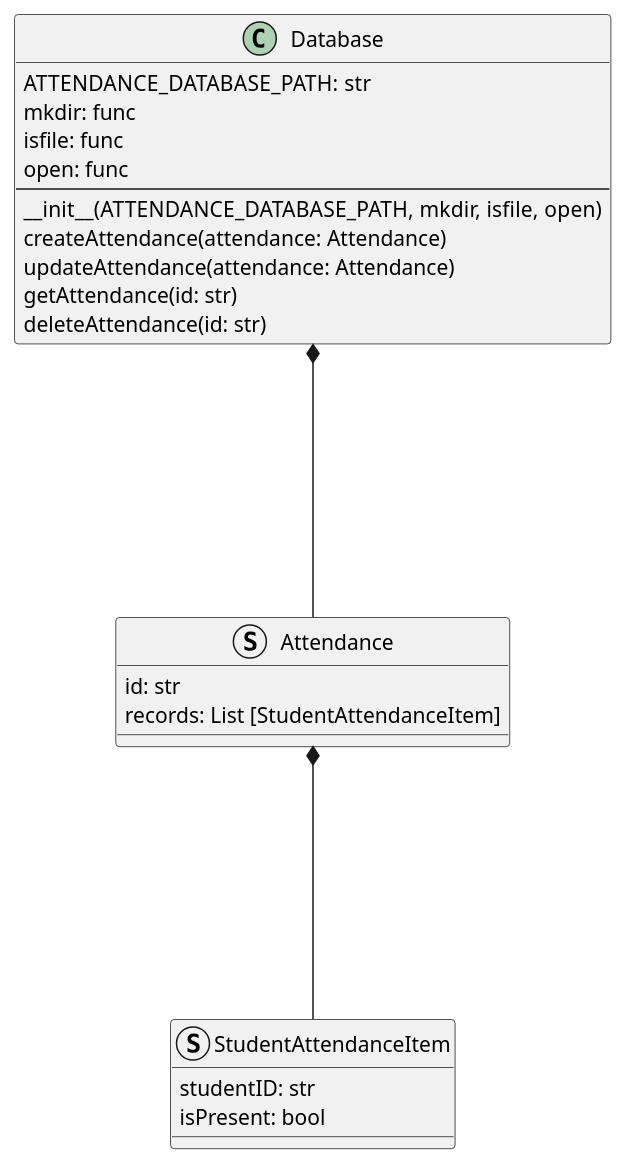
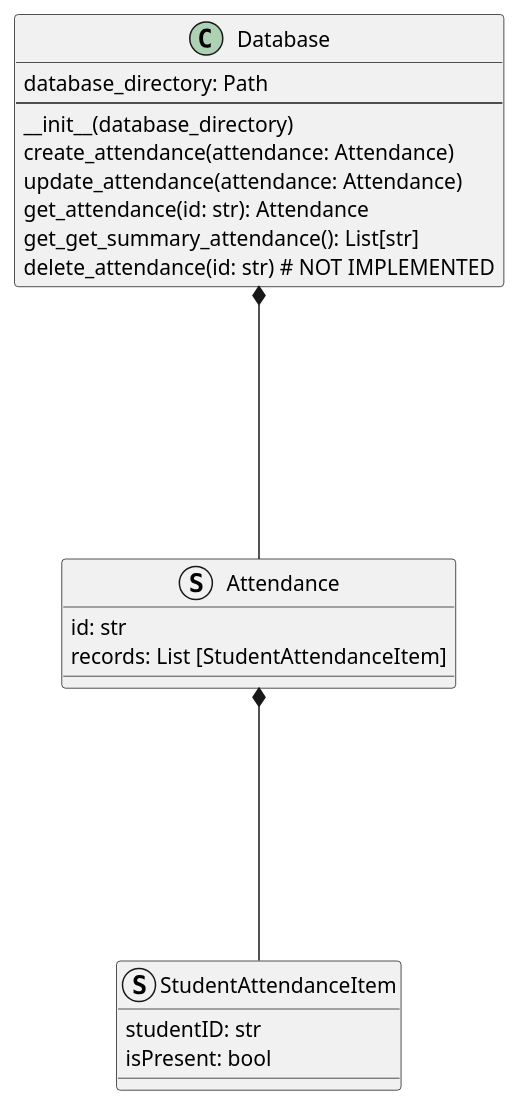
One commit to ehharvey/Attendance changed the diagram in design/class-diagram.puml. Above: the diagram before and after it, drawn with PlantUML. The commit also changed 2 other files, not shown here.

Commit message:
More Diagrams

```diff
--- a/design/class-diagram.puml
+++ b/design/class-diagram.puml
@@ -1,28 +1,26 @@
 @startuml
 class Database {
-ATTENDANCE_DATABASE_PATH: str
-mkdir: func
-isfile: func
-open: func
+database_directory: Path
 ----
-__init__(ATTENDANCE_DATABASE_PATH, mkdir, isfile, open)
-createAttendance(attendance: Attendance)
-updateAttendance(attendance: Attendance)
-getAttendance(id: str)
-deleteAttendance(id: str)
+__init__(database_directory)
+create_attendance(attendance: Attendance)
+update_attendance(attendance: Attendance)
+get_attendance(id: str): Attendance
+get_get_summary_attendance(): List[str]
+delete_attendance(id: str) # NOT IMPLEMENTED
 }
 
 
 struct Attendance {
 id: str
 records: List [StudentAttendanceItem]
 }
 
 struct StudentAttendanceItem {
 studentID: str
 isPresent: bool
 }
 
 Database   *---- Attendance
 Attendance *---- StudentAttendanceItem
 @enduml
```
